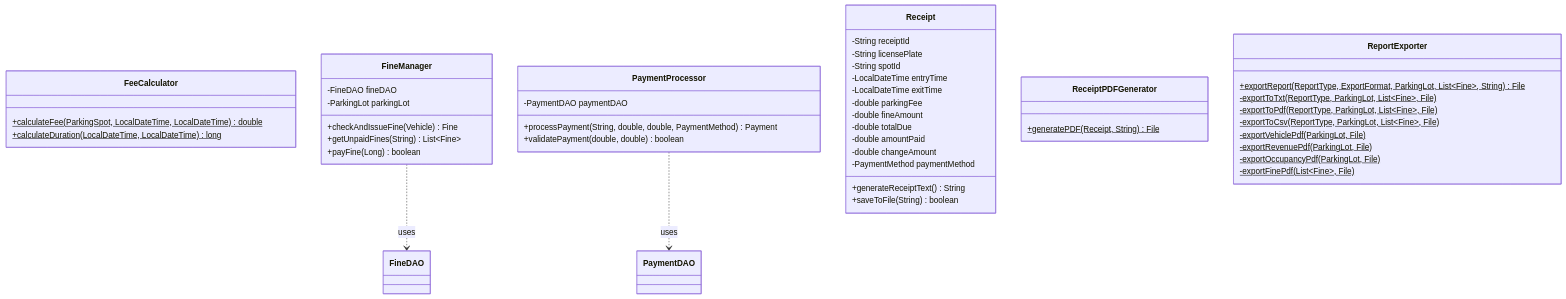
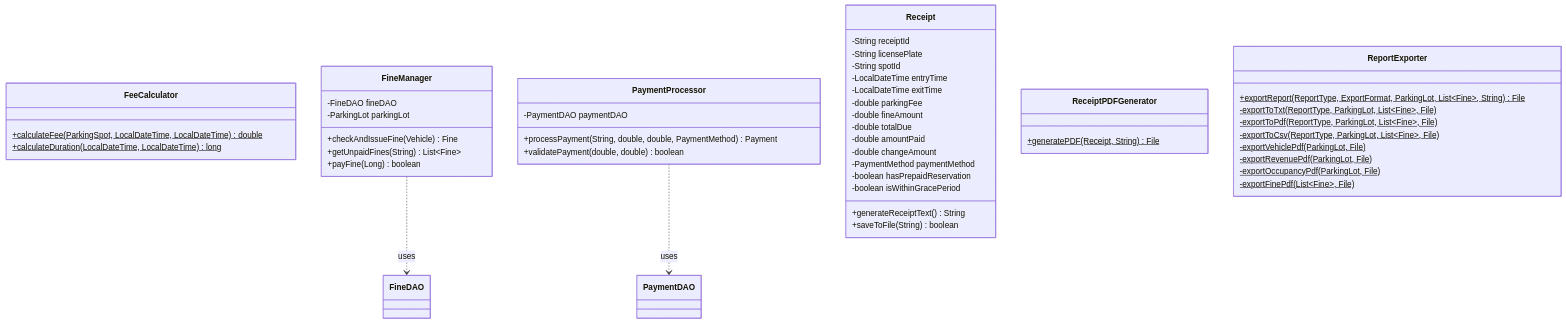
One commit to Jinyuanmak/OOAD-Assignment changed the sixth of 22 diagrams in UML_DIAGRAMS.md. Above: the diagram before and after it, drawn with Mermaid. The commit also changed other lines of this file and 1 other file, not shown here.

````diff
--- a/UML_DIAGRAMS.md
+++ b/UML_DIAGRAMS.md
@@ -312,55 +344,57 @@
 ```mermaid
 classDiagram
     class FeeCalculator {
         +calculateFee(ParkingSpot, LocalDateTime, LocalDateTime)$ double
         +calculateDuration(LocalDateTime, LocalDateTime)$ long
     }
     
     class FineManager {
         -FineDAO fineDAO
         -ParkingLot parkingLot
         +checkAndIssueFine(Vehicle) Fine
         +getUnpaidFines(String) List~Fine~
         +payFine(Long) boolean
     }
     
     class PaymentProcessor {
         -PaymentDAO paymentDAO
         +processPayment(String, double, double, PaymentMethod) Payment
         +validatePayment(double, double) boolean
     }
     
     class Receipt {
         -String receiptId
         -String licensePlate
         -String spotId
         -LocalDateTime entryTime
         -LocalDateTime exitTime
         -double parkingFee
         -double fineAmount
         -double totalDue
         -double amountPaid
         -double changeAmount
         -PaymentMethod paymentMethod
+        -boolean hasPrepaidReservation
+        -boolean isWithinGracePeriod
         +generateReceiptText() String
         +saveToFile(String) boolean
     }
     
     class ReceiptPDFGenerator {
         +generatePDF(Receipt, String)$ File
     }
     
     class ReportExporter {
         +exportReport(ReportType, ExportFormat, ParkingLot, List~Fine~, String)$ File
         -exportToTxt(ReportType, ParkingLot, List~Fine~, File)$
         -exportToPdf(ReportType, ParkingLot, List~Fine~, File)$
         -exportToCsv(ReportType, ParkingLot, List~Fine~, File)$
         -exportVehiclePdf(ParkingLot, File)$
         -exportRevenuePdf(ParkingLot, File)$
         -exportOccupancyPdf(ParkingLot, File)$
         -exportFinePdf(List~Fine~, File)$
     }
     
     FineManager ..> FineDAO : uses
     PaymentProcessor ..> PaymentDAO : uses
 ```
````
